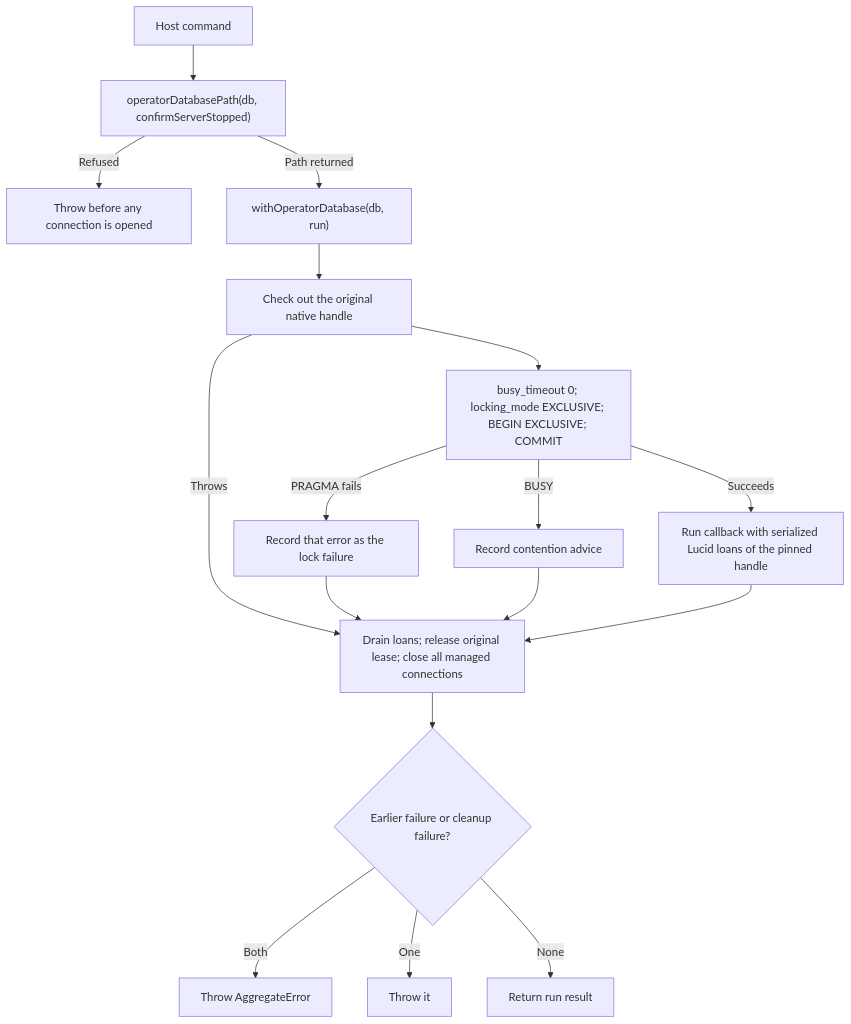
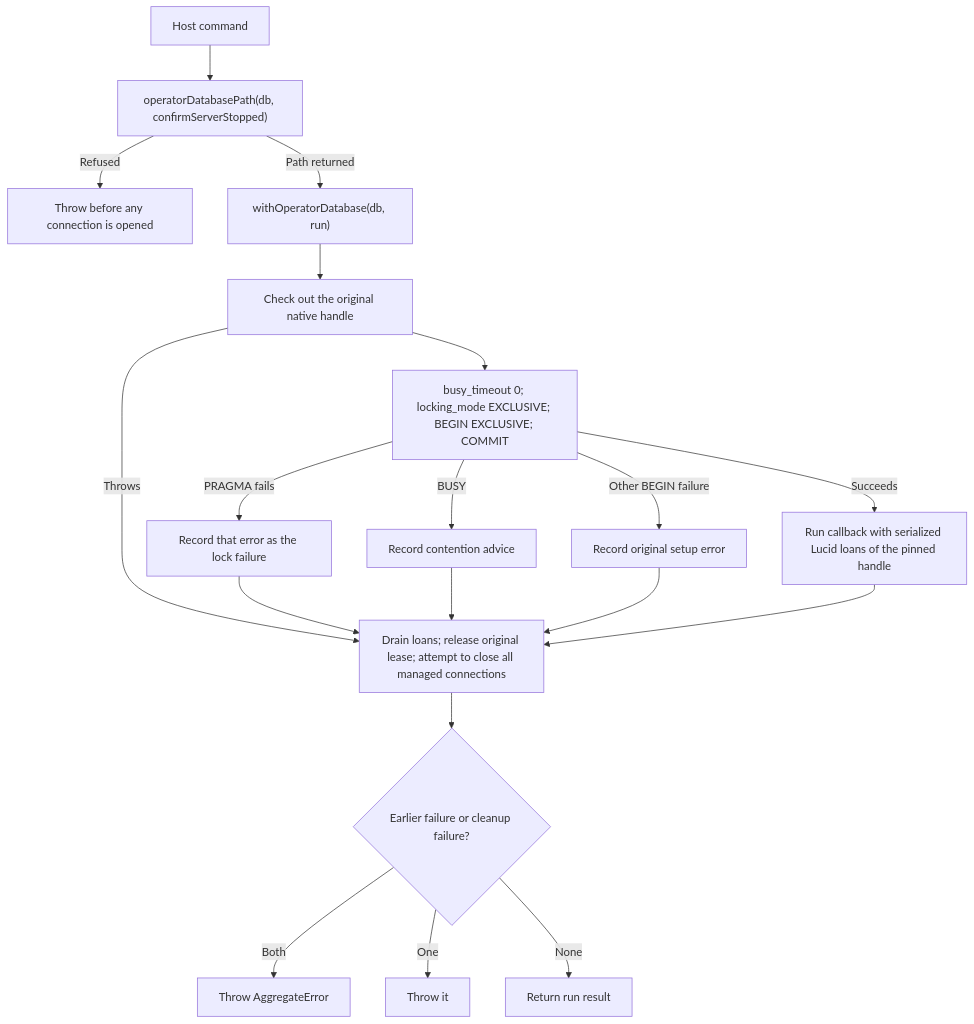
The second of 2 diagrams in user-stories/operator-guards/us-op-07-stopped-server-operator-command.md (Kevinjohn/oss-adonisjs-sqlite-backup), drawn with Mermaid before and after one commit. The commit also changed other lines of this file and 2 other files, not shown here.

````diff
--- a/user-stories/operator-guards/us-op-07-stopped-server-operator-command.md
+++ b/user-stories/operator-guards/us-op-07-stopped-server-operator-command.md
@@ -42,20 +42,22 @@
 ```mermaid
 flowchart TD
     A["Host command"] --> B["operatorDatabasePath(db, confirmServerStopped)"]
     B -->|Refused| X["Throw before any connection is opened"]
     B -->|Path returned| C["withOperatorDatabase(db, run)"]
     C --> D["Check out the original native handle"]
     D -->|Throws| I
     D --> S["busy_timeout 0; locking_mode EXCLUSIVE; BEGIN EXCLUSIVE; COMMIT"]
     S -->|PRAGMA fails| P["Record that error as the lock failure"]
     S -->|BUSY| Q["Record contention advice"]
+    S -->|Other BEGIN failure| R["Record original setup error"]
     S -->|Succeeds| H["Run callback with serialized Lucid loans of the pinned handle"]
     P --> I
     Q --> I
+    R --> I
     H --> I
-    I["Drain loans; release original lease; close all managed connections"]
+    I["Drain loans; release original lease; attempt to close all managed connections"]
     I --> J{"Earlier failure or cleanup failure?"}
     J -->|Both| K["Throw AggregateError"]
     J -->|One| L["Throw it"]
     J -->|None| M["Return run result"]
 ```
````
